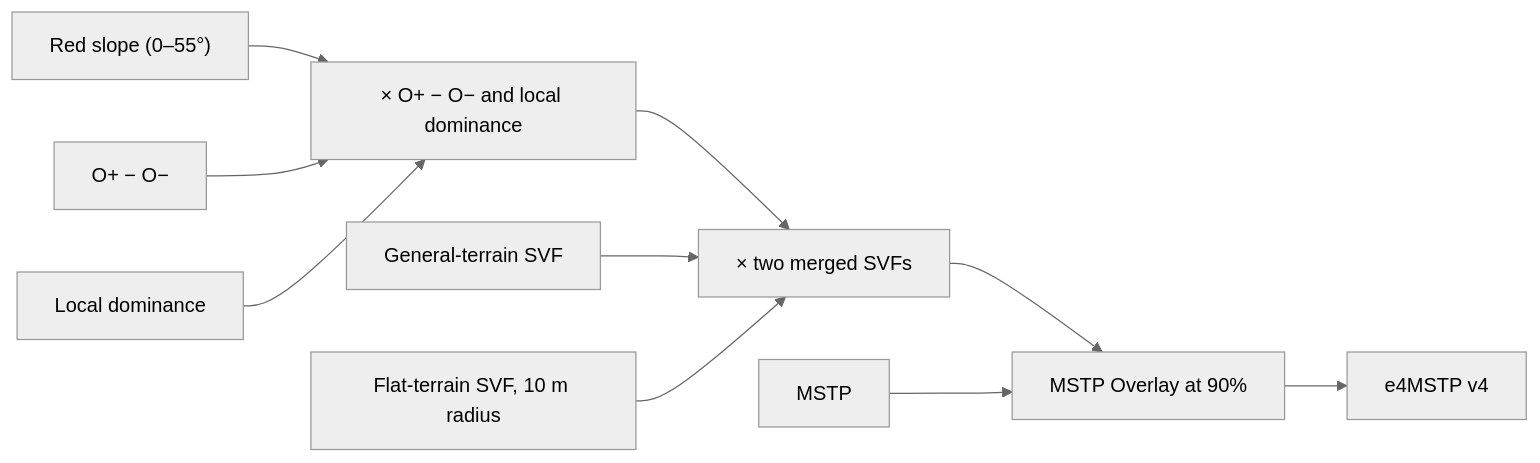
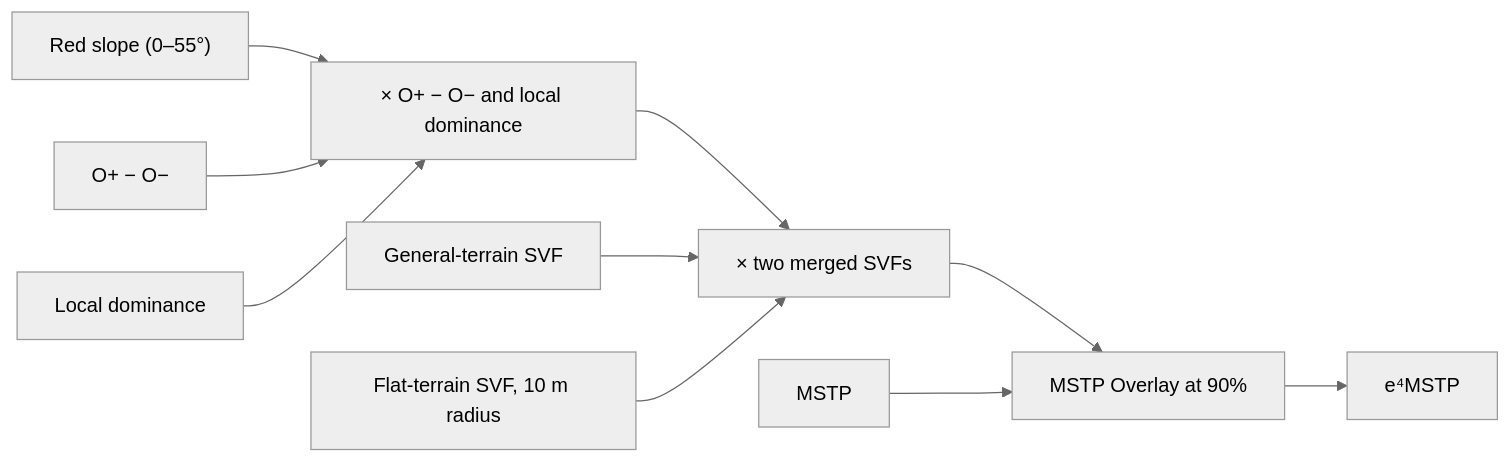
The fourth of 5 diagrams in docs/shadings.md (nico579/lidar2map), drawn with Mermaid (neutral theme) before and after one commit. The commit also changed other lines of this file and 5 other files, not shown here.

````diff
--- a/docs/shadings.md
+++ b/docs/shadings.md
@@ -341,12 +483,12 @@
 ```mermaid
 flowchart LR
     S["Red slope (0–55°)"] --> OL["× O+ − O− and local dominance"]
     OP["O+ − O−"] --> OL
     LD["Local dominance"] --> OL
     OL --> SV["× two merged SVFs"]
     SV1["General-terrain SVF"] --> SV
     SV2["Flat-terrain SVF, 10 m radius"] --> SV
     SV --> M["MSTP Overlay at 90%"]
     MSTP["MSTP"] --> M
-    M --> E4["e4MSTP v4"]
+    M --> E4["e⁴MSTP"]
 ```
````
